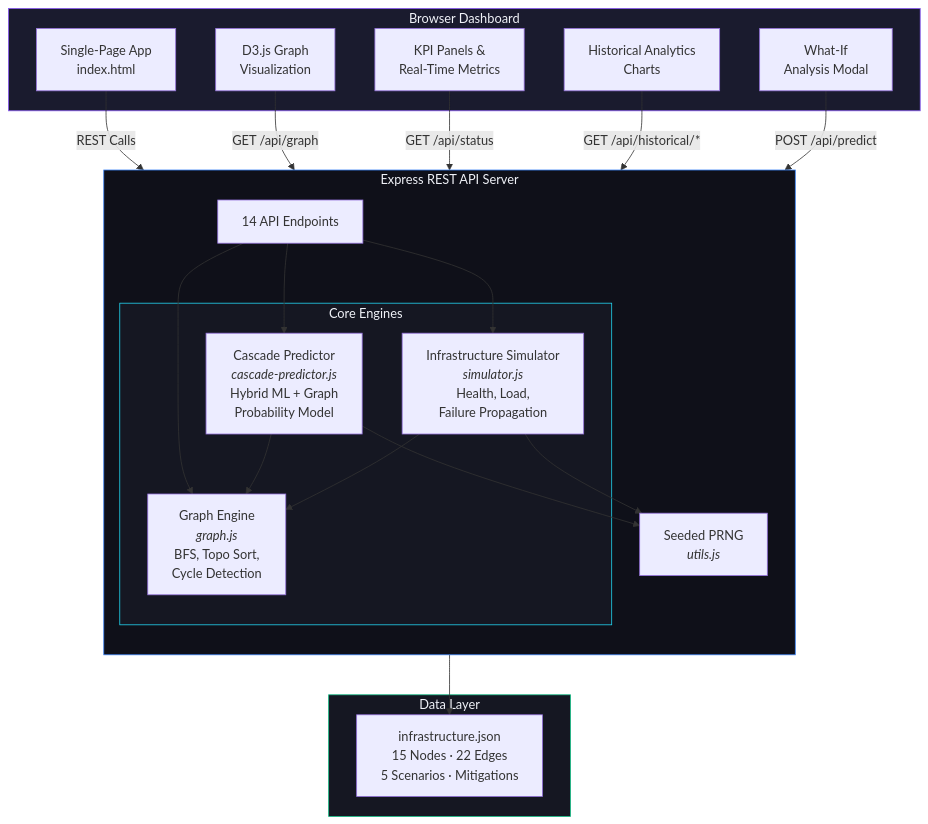
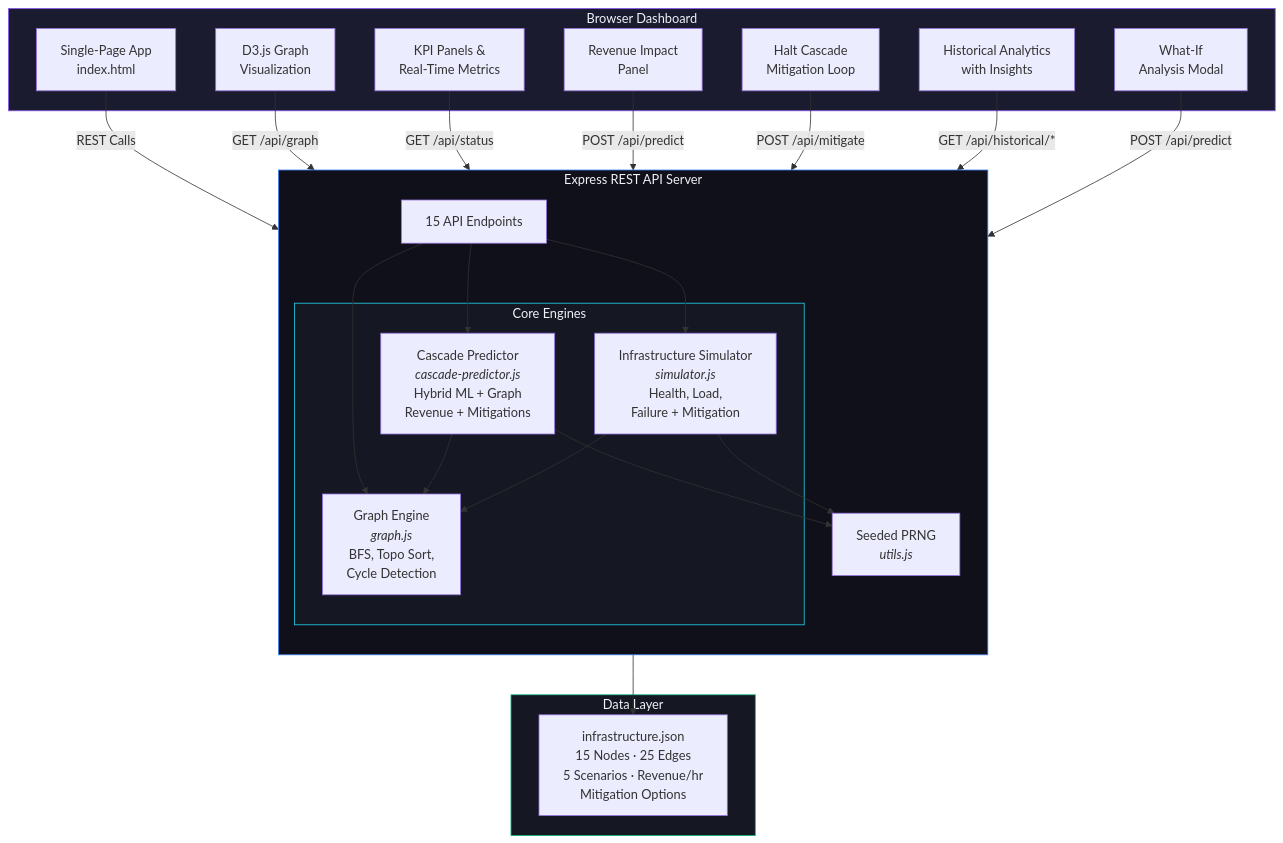
The first of 4 diagrams in README.md (Saikiran5604/purple_team_10), drawn with Mermaid before and after one commit. The commit also changed other lines of this file, not shown here.

````diff
--- a/README.md
+++ b/README.md
@@ -118,46 +434,50 @@
 ```mermaid
 graph TB
     subgraph Frontend["Browser Dashboard"]
         UI["Single-Page App<br/>index.html"]
         D3["D3.js Graph<br/>Visualization"]
         KPI["KPI Panels &<br/>Real-Time Metrics"]
-        Charts["Historical Analytics<br/>Charts"]
+        Rev["Revenue Impact<br/>Panel"]
+        Halt["Halt Cascade<br/>Mitigation Loop"]
+        Charts["Historical Analytics<br/>with Insights"]
         WhatIf["What-If<br/>Analysis Modal"]
     end
 
     subgraph API["Express REST API Server"]
         direction TB
-        Routes["14 API Endpoints"]
+        Routes["15 API Endpoints"]
         subgraph Core["Core Engines"]
             Graph["Graph Engine<br/><i>graph.js</i><br/>BFS, Topo Sort,<br/>Cycle Detection"]
-            Predictor["Cascade Predictor<br/><i>cascade-predictor.js</i><br/>Hybrid ML + Graph<br/>Probability Model"]
-            Simulator["Infrastructure Simulator<br/><i>simulator.js</i><br/>Health, Load,<br/>Failure Propagation"]
+            Predictor["Cascade Predictor<br/><i>cascade-predictor.js</i><br/>Hybrid ML + Graph<br/>Revenue + Mitigations"]
+            Simulator["Infrastructure Simulator<br/><i>simulator.js</i><br/>Health, Load,<br/>Failure + Mitigation"]
         end
         Utils["Seeded PRNG<br/><i>utils.js</i>"]
     end
 
     subgraph Data["Data Layer"]
-        JSON["infrastructure.json<br/>15 Nodes · 22 Edges<br/>5 Scenarios · Mitigations"]
+        JSON["infrastructure.json<br/>15 Nodes · 25 Edges<br/>5 Scenarios · Revenue/hr<br/>Mitigation Options"]
     end
 
     UI -->|"REST Calls"| Routes
     D3 -->|"GET /api/graph"| Routes
     KPI -->|"GET /api/status"| Routes
+    Rev -->|"POST /api/predict"| Routes
+    Halt -->|"POST /api/mitigate"| Routes
     Charts -->|"GET /api/historical/*"| Routes
     WhatIf -->|"POST /api/predict"| Routes
 
     Routes --> Graph
     Routes --> Predictor
     Routes --> Simulator
 
     Graph --> JSON
     Predictor --> Graph
     Predictor --> Utils
     Simulator --> Graph
     Simulator --> Utils
 
     style Frontend fill:#1a1b2e,stroke:#8b5cf6,color:#f0f2f8
     style API fill:#0f1019,stroke:#3b82f6,color:#f0f2f8
     style Core fill:#151722,stroke:#22d3ee,color:#f0f2f8
     style Data fill:#151722,stroke:#10b981,color:#f0f2f8
 ```
````
